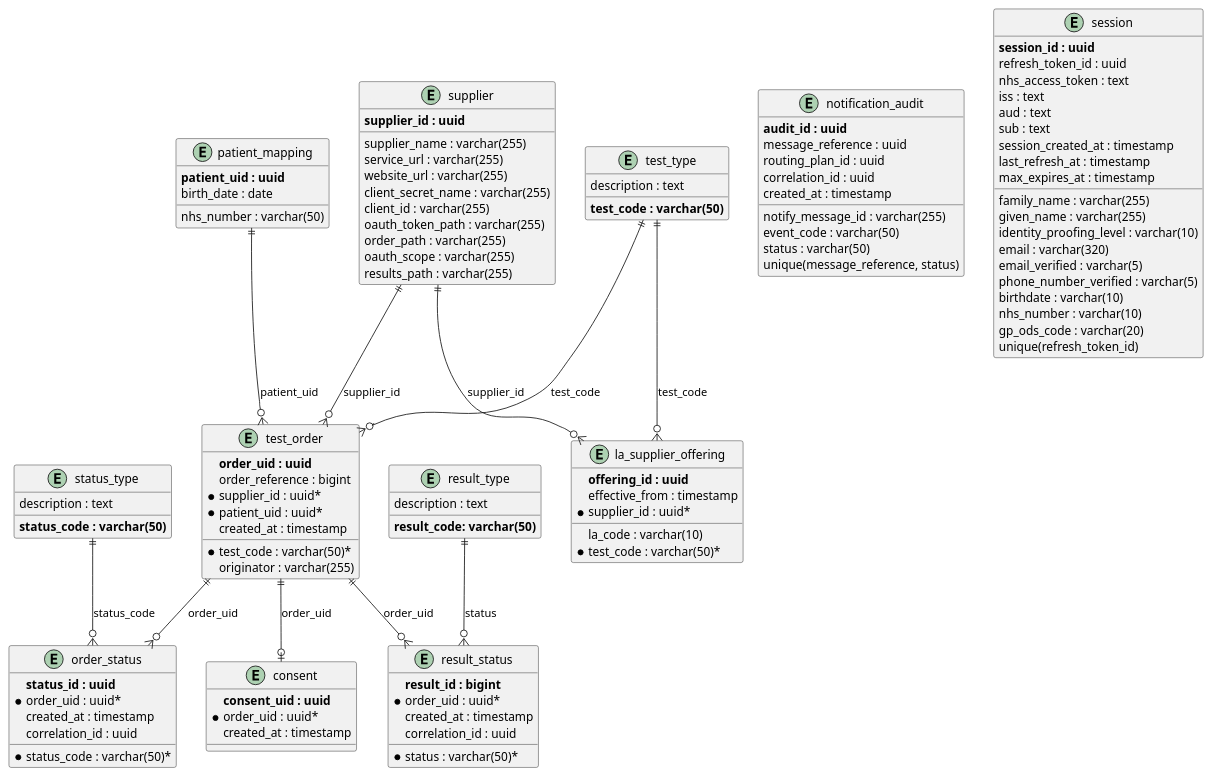
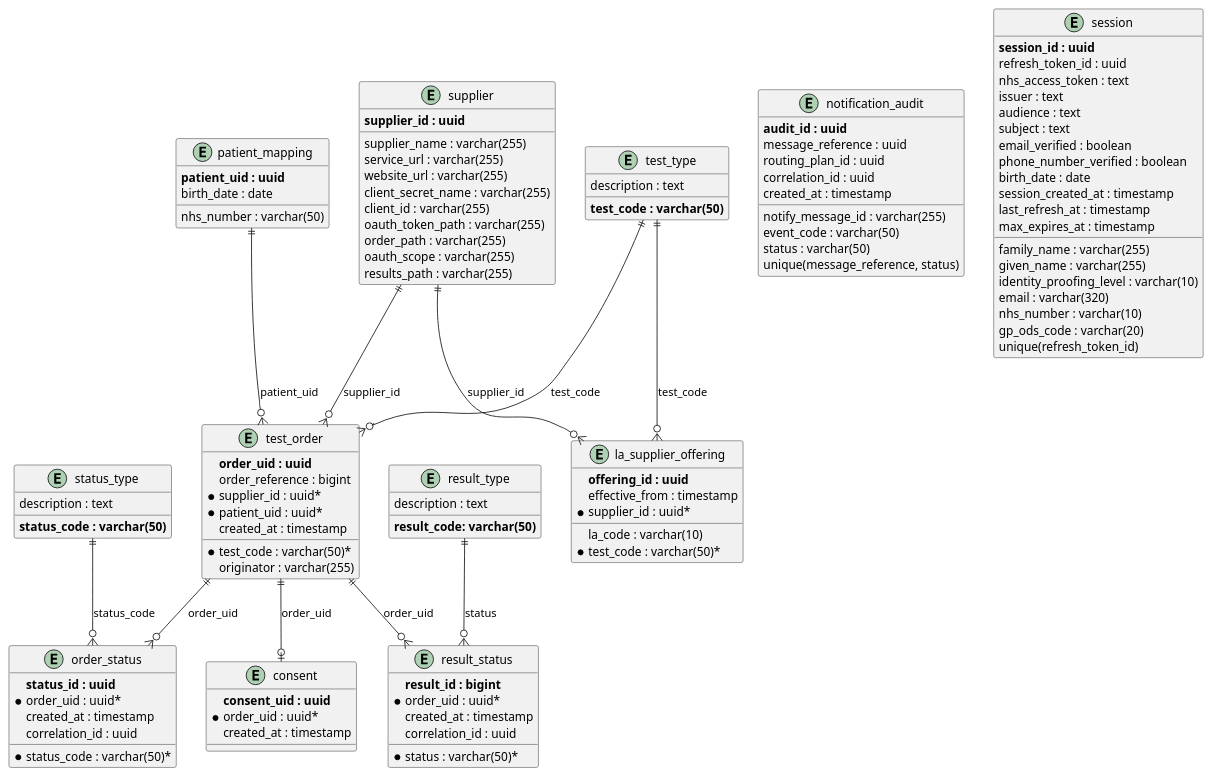
Before and after one commit to NHSDigital/hometest-service: the diagram in database/schema_diagram.puml, drawn with PlantUML. The commit also changed 1 other file, not shown here.

Commit message:
chore: update-schema-with-internal-representations

```diff
--- a/database/schema_diagram.puml
+++ b/database/schema_diagram.puml
@@ -1,125 +1,125 @@
 @startuml
 entity "patient_mapping" as patient {
   **patient_uid : uuid**
   nhs_number : varchar(50)
   birth_date : date
 }
 
 entity "test_type" as test {
   **test_code : varchar(50)**
   description : text
 }
 
 entity "supplier" as supplier {
   **supplier_id : uuid**
   supplier_name : varchar(255)
   service_url : varchar(255)
   website_url : varchar(255)
   client_secret_name : varchar(255)
   client_id : varchar(255)
   oauth_token_path : varchar(255)
   order_path : varchar(255)
   oauth_scope : varchar(255)
   results_path : varchar(255)
 }
 
 entity "la_supplier_offering" as offering {
   **offering_id : uuid**
   la_code : varchar(10)
   effective_from : timestamp
   *supplier_id : uuid*
   *test_code : varchar(50)*
 }
 
 entity "test_order" as orders {
   **order_uid : uuid**
   order_reference : bigint
   *supplier_id : uuid*
   *patient_uid : uuid*
   *test_code : varchar(50)*
   originator : varchar(255)
   created_at : timestamp
 }
 
 entity "status_type" as status_type {
   **status_code : varchar(50)**
   description : text
 }
 
 entity "order_status" as order_status {
   **status_id : uuid**
   *order_uid : uuid*
   *status_code : varchar(50)*
   created_at : timestamp
   correlation_id : uuid
 }
 
 entity "result_type" as result_type {
   **result_code: varchar(50)**
   description : text
 }
 
 entity "result_status" as result_status {
   **result_id : bigint**
   *order_uid : uuid*
   *status : varchar(50)*
   created_at : timestamp
   correlation_id : uuid
 }
 
 entity "consent" as consent {
   **consent_uid : uuid**
   *order_uid : uuid*
   created_at : timestamp
 }
 
 entity "notification_audit" as notification_audit {
   **audit_id : uuid**
   message_reference : uuid
   notify_message_id : varchar(255)
   event_code : varchar(50)
   routing_plan_id : uuid
   correlation_id : uuid
   status : varchar(50)
   created_at : timestamp
   unique(message_reference, status)
 }
 
 entity "session" as session {
   **session_id : uuid**
   refresh_token_id : uuid
   nhs_access_token : text
-  iss : text
-  aud : text
-  sub : text
+  issuer : text
+  audience : text
+  subject : text
   family_name : varchar(255)
   given_name : varchar(255)
   identity_proofing_level : varchar(10)
   email : varchar(320)
-  email_verified : varchar(5)
-  phone_number_verified : varchar(5)
-  birthdate : varchar(10)
+  email_verified : boolean
+  phone_number_verified : boolean
+  birth_date : date
   nhs_number : varchar(10)
   gp_ods_code : varchar(20)
   session_created_at : timestamp
   last_refresh_at : timestamp
   max_expires_at : timestamp
   unique(refresh_token_id)
 }
 
 ' Relationships
 patient ||--o{ orders : "patient_uid"
 supplier ||--o{ orders : "supplier_id"
 test ||--o{ orders : "test_code"
 
 supplier ||--o{ offering : "supplier_id"
 test ||--o{ offering : "test_code"
 
 orders ||--o{ order_status : "order_uid"
 orders ||--o{ result_status : "order_uid"
 orders ||--o| consent : "order_uid"
 
 status_type ||--o{ order_status : "status_code"
 result_type ||--o{ result_status : "status"
 
 @enduml
```
